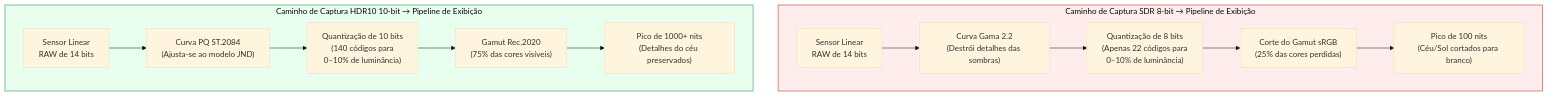
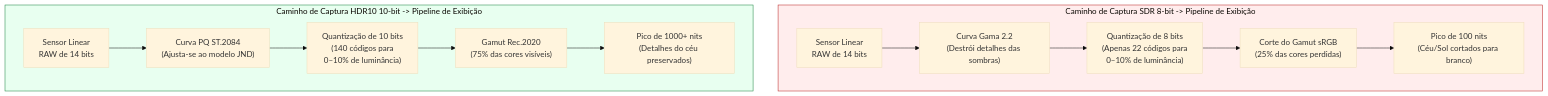
Before and after one commit to zoozooll/AndroidCameraParameters: the first of 2 diagrams in website/i18n/pt-BR/docusaurus-plugin-content-docs/current/camera2/hdr-and-ultra-hdr.md, drawn with Mermaid (base theme). The commit also changed other lines of this file and 77 other files, not shown here.

First line of the commit message:
docs: standardize Mermaid syntax and polish 3A pipeline translations

````diff
--- a/website/i18n/pt-BR/docusaurus-plugin-content-docs/current/camera2/hdr-and-ultra-hdr.md
+++ b/website/i18n/pt-BR/docusaurus-plugin-content-docs/current/camera2/hdr-and-ultra-hdr.md
@@ -33,19 +33,19 @@
 ```mermaid
 flowchart TD
-    subgraph SDRpath["Caminho de Captura SDR 8-bit → Pipeline de Exibição"]
+    subgraph SDRpath["Caminho de Captura SDR 8-bit -> Pipeline de Exibição"]
         S1["Sensor Linear<br/>RAW de 14 bits"] --> S2["Curva Gama 2.2<br/>(Destrói detalhes das sombras)"]
         S2 --> S3["Quantização de 8 bits<br/>(Apenas 22 códigos para<br/>0–10% de luminância)"]
         S3 --> S4["Corte do Gamut sRGB<br/>(25% das cores perdidas)"]
         S4 --> S5["Pico de 100 nits<br/>(Céu/Sol cortados para branco)"]
     end
 
-    subgraph HDRpath["Caminho de Captura HDR10 10-bit → Pipeline de Exibição"]
+    subgraph HDRpath["Caminho de Captura HDR10 10-bit -> Pipeline de Exibição"]
         H1["Sensor Linear<br/>RAW de 14 bits"] --> H2["Curva PQ ST.2084<br/>(Ajusta-se ao modelo JND)"]
         H2 --> H3["Quantização de 10 bits<br/>(140 códigos para<br/>0–10% de luminância)"]
         H3 --> H4["Gamut Rec.2020<br/>(75% das cores visíveis)"]
         H4 --> H5["Pico de 1000+ nits<br/>(Detalhes do céu preservados)"]
     end
 
     style SDRpath fill:#ffeded,stroke:#b91c1c
     style HDRpath fill:#e8fff0,stroke:#15803d
 ```
````
